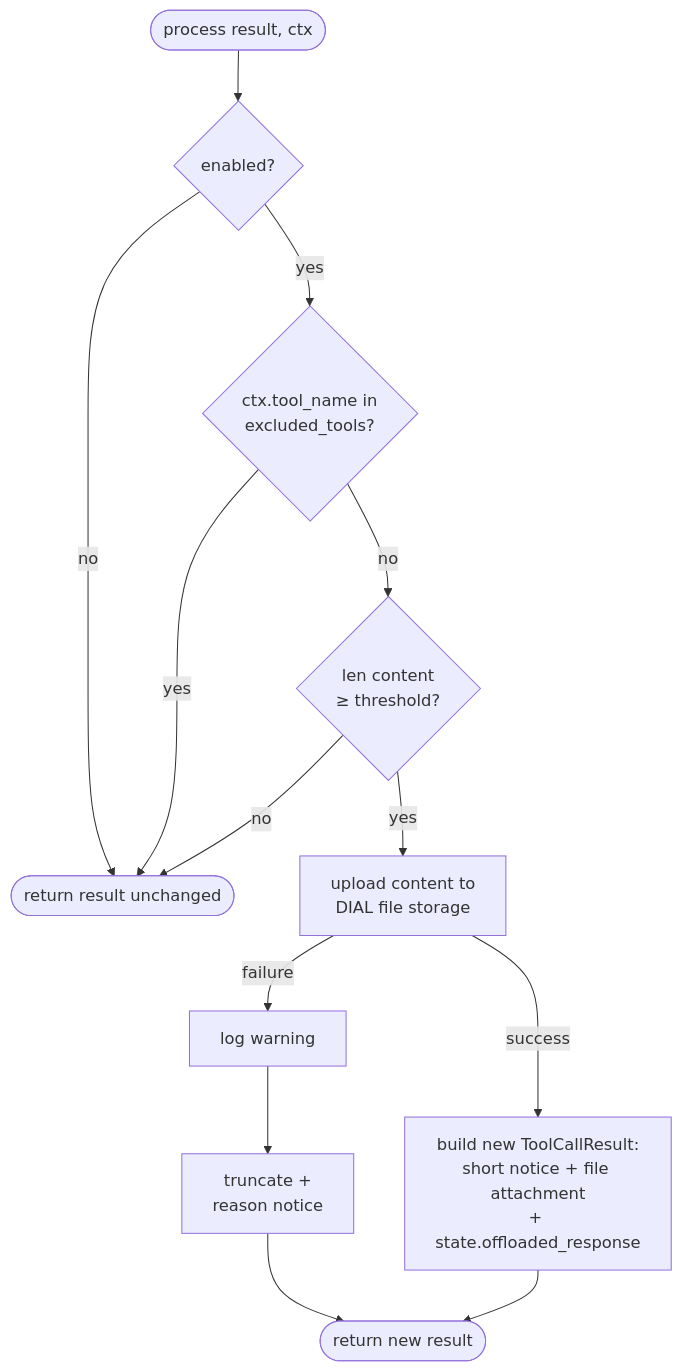
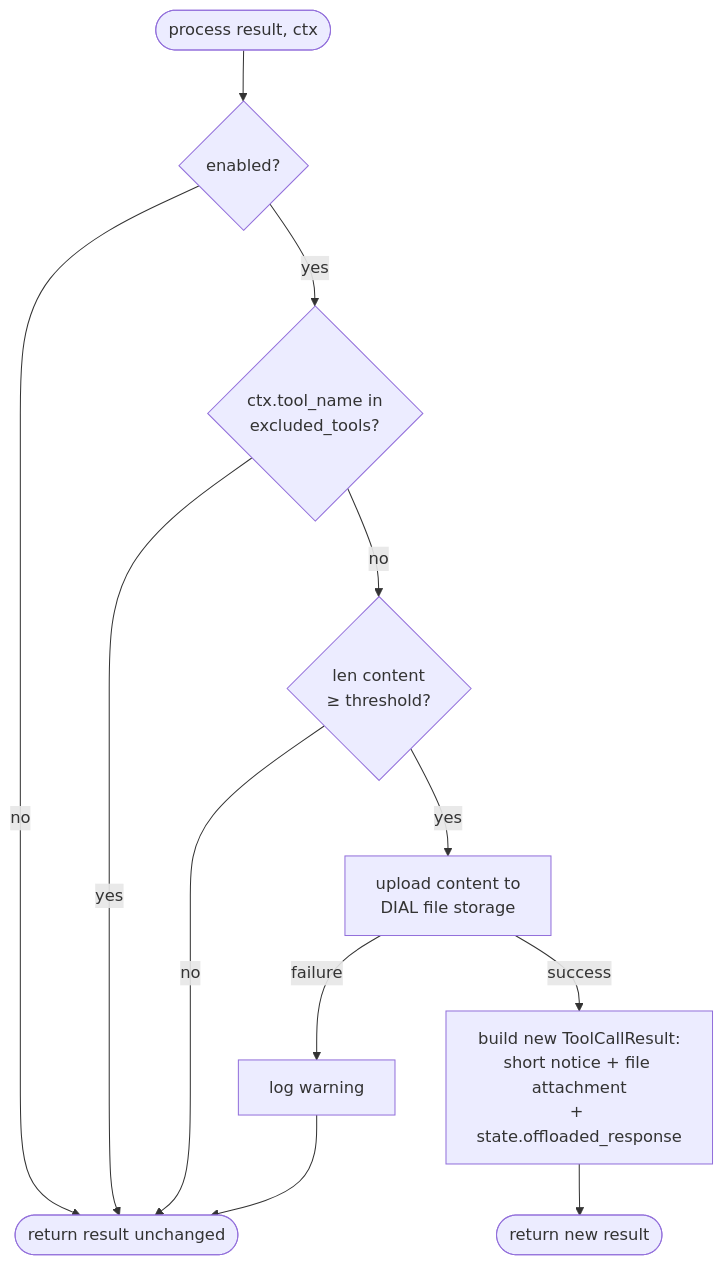
One commit to epam/ai-dial-quickapps-backend changed the first of 4 diagrams in docs/designs/large_tool_responses.md. Above: the diagram before and after it, drawn with Mermaid. The commit also changed other lines of this file and 7 other files, not shown here.

````diff
--- a/docs/designs/large_tool_responses.md
+++ b/docs/designs/large_tool_responses.md
@@ -132,13 +132,13 @@
 ```mermaid
 flowchart TD
     Start([process result, ctx]) --> Enabled{enabled?}
     Enabled -- no --> ReturnAsIs([return result unchanged])
     Enabled -- yes --> Excluded{ctx.tool_name in<br/>excluded_tools?}
     Excluded -- yes --> ReturnAsIs
     Excluded -- no --> Size{len content<br/>≥ threshold?}
     Size -- no --> ReturnAsIs
     Size -- yes --> Upload[upload content to<br/>DIAL file storage]
-    Upload -- failure --> Warn[log warning] --> Trunc[truncate +<br/>reason notice] --> ReturnNew
+    Upload -- failure --> Warn[log warning] --> ReturnAsIs
     Upload -- success --> Build[build new ToolCallResult:<br/>short notice + file attachment<br/>+ state.offloaded_response]
     Build --> ReturnNew([return new result])
 ```
````
